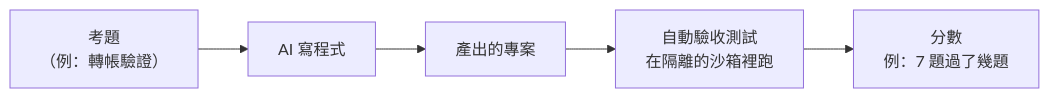
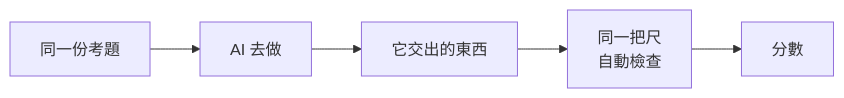
The fourth of 4 diagrams in 00-opening/slides.md (PoJenC/harness_course_tw), drawn with Mermaid before and after one commit. The commit also changed other lines of this file and 463 other files, not shown here.

````diff
--- a/00-opening/slides.md
+++ b/00-opening/slides.md
@@ -114,7 +119,7 @@
 ```mermaid
 flowchart LR
-    T["考題<br/>（例：轉帳驗證）"] --> AI["AI 寫程式"]
-    AI --> P["產出的專案"]
-    P --> X["自動驗收測試<br/>在隔離的沙箱裡跑"]
-    X --> S["分數<br/>例：7 題過了幾題"]
+    T["同一份考題"] --> AI["AI 去做"]
+    AI --> P["它交出的東西"]
+    P --> X["同一把尺<br/>自動檢查"]
+    X --> S["分數"]
 ```
````
